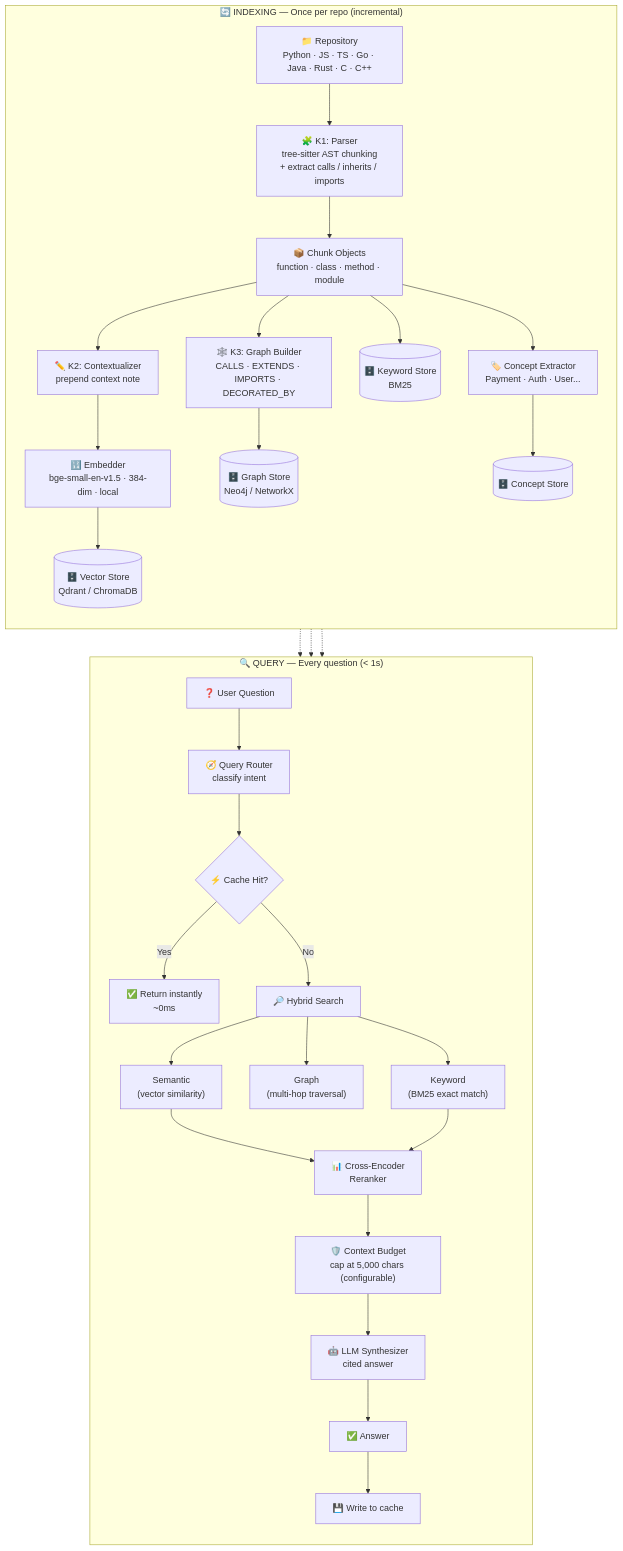
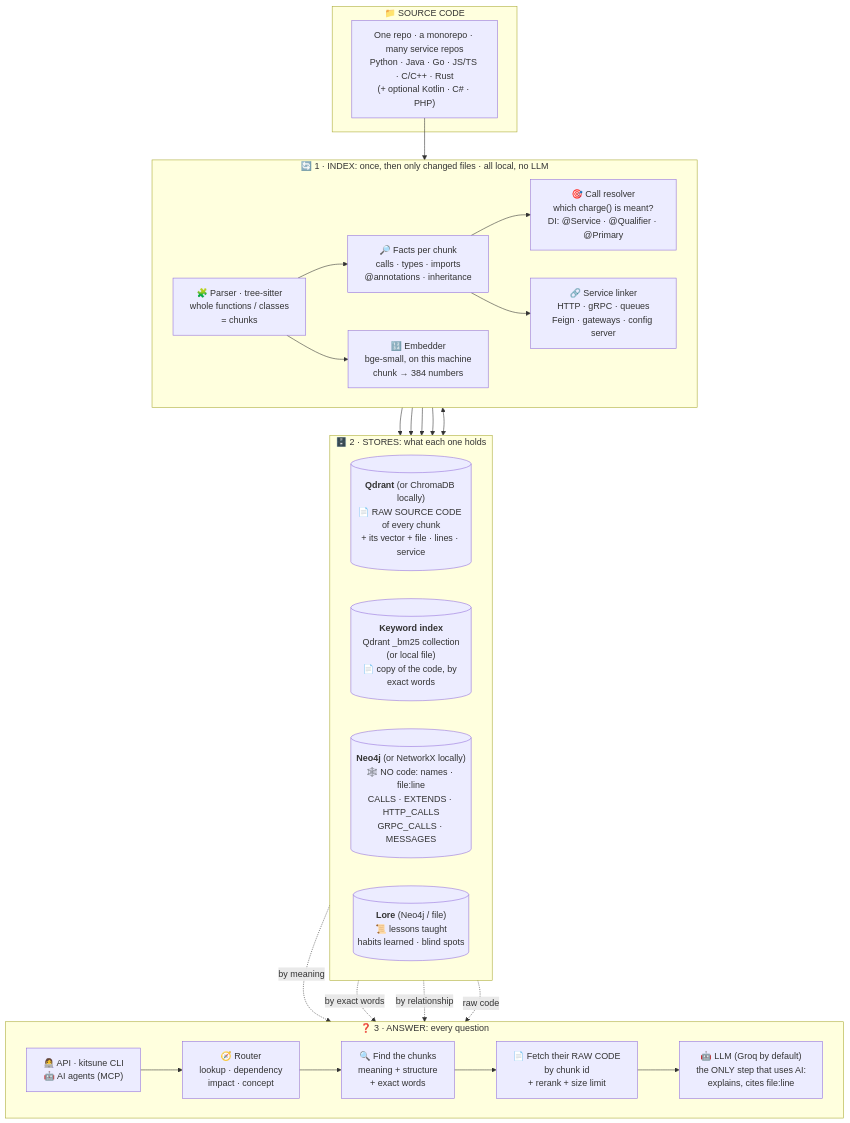
One commit to SayantanBong007/-Kitsune changed the first of 5 diagrams in KITSUNE_ARCHITECTURE.md. Above: the diagram before and after it, drawn with Mermaid. The commit also changed other lines of this file and 32 other files, not shown here.

````diff
--- a/KITSUNE_ARCHITECTURE.md
+++ b/KITSUNE_ARCHITECTURE.md
@@ -87,39 +87,49 @@
 ```mermaid
-graph TB
-    subgraph Index["🔄 INDEXING — Once per repo (incremental)"]
-        direction TB
-        Repo[📁 Repository<br/>Python · JS · TS · Go · Java · Rust · C · C++]
-        Repo --> Parse["🧩 K1: Parser<br/>tree-sitter AST chunking<br/>+ extract calls / inherits / imports"]
-        Parse --> Chunks[📦 Chunk Objects<br/>function · class · method · module]
-        Chunks --> Ctx["✏️ K2: Contextualizer<br/>prepend context note"]
-        Ctx --> Embed["🔢 Embedder<br/>bge-small-en-v1.5 · 384-dim · local"]
-        Embed --> Vec[("🗄️ Vector Store<br/>Qdrant / ChromaDB")]
-        Chunks --> Graph["🕸️ K3: Graph Builder<br/>CALLS · EXTENDS · IMPORTS · DECORATED_BY"]
-        Graph --> GDB[("🗄️ Graph Store<br/>Neo4j / NetworkX")]
-        Chunks --> BM25[("🗄️ Keyword Store<br/>BM25")]
-        Chunks --> Concepts["🏷️ Concept Extractor<br/>Payment · Auth · User..."]
-        Concepts --> CStore[("🗄️ Concept Store")]
+flowchart TB
+    subgraph SRC["📁 SOURCE CODE"]
+        Repo["One repo · a monorepo · many service repos<br/>Python · Java · Go · JS/TS · C/C++ · Rust<br/>(+ optional Kotlin · C# · PHP)"]
     end
 
-    subgraph Query["🔍 QUERY — Every question (< 1s)"]
-        direction TB
-        Q[❓ User Question]
-        Q --> Router["🧭 Query Router<br/>classify intent"]
-        Router --> Cache{"⚡ Cache Hit?"}
-        Cache -->|Yes| Fast["✅ Return instantly<br/>~0ms"]
-        Cache -->|No| Search["🔎 Hybrid Search"]
-        Search --> S1["Semantic<br/>(vector similarity)"]
-        Search --> S2["Graph<br/>(multi-hop traversal)"]
-        Search --> S3["Keyword<br/>(BM25 exact match)"]
-        S1 --> RR["📊 Cross-Encoder<br/>Reranker"]
-        S3 --> RR
-        RR --> Budget["🛡️ Context Budget<br/>cap at 5,000 chars (configurable)"]
-        Budget --> LLM["🤖 LLM Synthesizer<br/>cited answer"]
-        LLM --> Ans[✅ Answer]
-        Ans --> CW["💾 Write to cache"]
+    subgraph IDX["🔄 1 · INDEX: once, then only changed files · all local, no LLM"]
+        direction LR
+        Parse["🧩 Parser · tree-sitter<br/>whole functions / classes<br/>= chunks"]
+        Facts["🔎 Facts per chunk<br/>calls · types · imports<br/>@annotations · inheritance"]
+        Embed["🔢 Embedder<br/>bge-small, on this machine<br/>chunk → 384 numbers"]
+        Resolve["🎯 Call resolver<br/>which charge() is meant?<br/>DI: @Service · @Qualifier · @Primary"]
+        Link["🔗 Service linker<br/>HTTP · gRPC · queues<br/>Feign · gateways · config server"]
+        Parse --> Facts
+        Parse --> Embed
+        Facts --> Resolve
+        Facts --> Link
     end
 
-    Vec -.-> S1
-    GDB -.-> S2
-    BM25 -.-> S3
+    subgraph STORE["🗄️ 2 · STORES: what each one holds"]
+        direction LR
+        Q[("<b>Qdrant</b> (or ChromaDB locally)<br/>📄 RAW SOURCE CODE of every chunk<br/>+ its vector + file · lines · service")]
+        K[("<b>Keyword index</b><br/>Qdrant _bm25 collection<br/>(or local file)<br/>📄 copy of the code, by exact words")]
+        N[("<b>Neo4j</b> (or NetworkX locally)<br/>🕸️ NO code: names · file:line<br/>CALLS · EXTENDS · HTTP_CALLS<br/>GRPC_CALLS · MESSAGES")]
+        L[("<b>Lore</b> (Neo4j / file)<br/>📜 lessons taught<br/>habits learned · blind spots")]
+    end
+
+    subgraph ASK["❓ 3 · ANSWER: every question"]
+        direction LR
+        Who["👩‍💻 API · kitsune CLI<br/>🤖 AI agents (MCP)"]
+        Router["🧭 Router<br/>lookup · dependency<br/>impact · concept"]
+        Find["🔍 Find the chunks<br/>meaning + structure<br/>+ exact words"]
+        Code["📄 Fetch their RAW CODE<br/>by chunk id<br/>+ rerank + size limit"]
+        LLM["🤖 LLM (Groq by default)<br/>the ONLY step that uses AI:<br/>explains, cites file:line"]
+        Who --> Router --> Find --> Code --> LLM
+    end
+
+    Repo --> Parse
+    Embed --> Q
+    Parse --> K
+    Resolve --> N
+    Link --> N
+    Link <--> L
+    Q -. "by meaning" .-> Find
+    K -. "by exact words" .-> Find
+    N -. "by relationship" .-> Find
+    Q -. "raw code" .-> Code
+    K ~~~ Who
 ```
````
